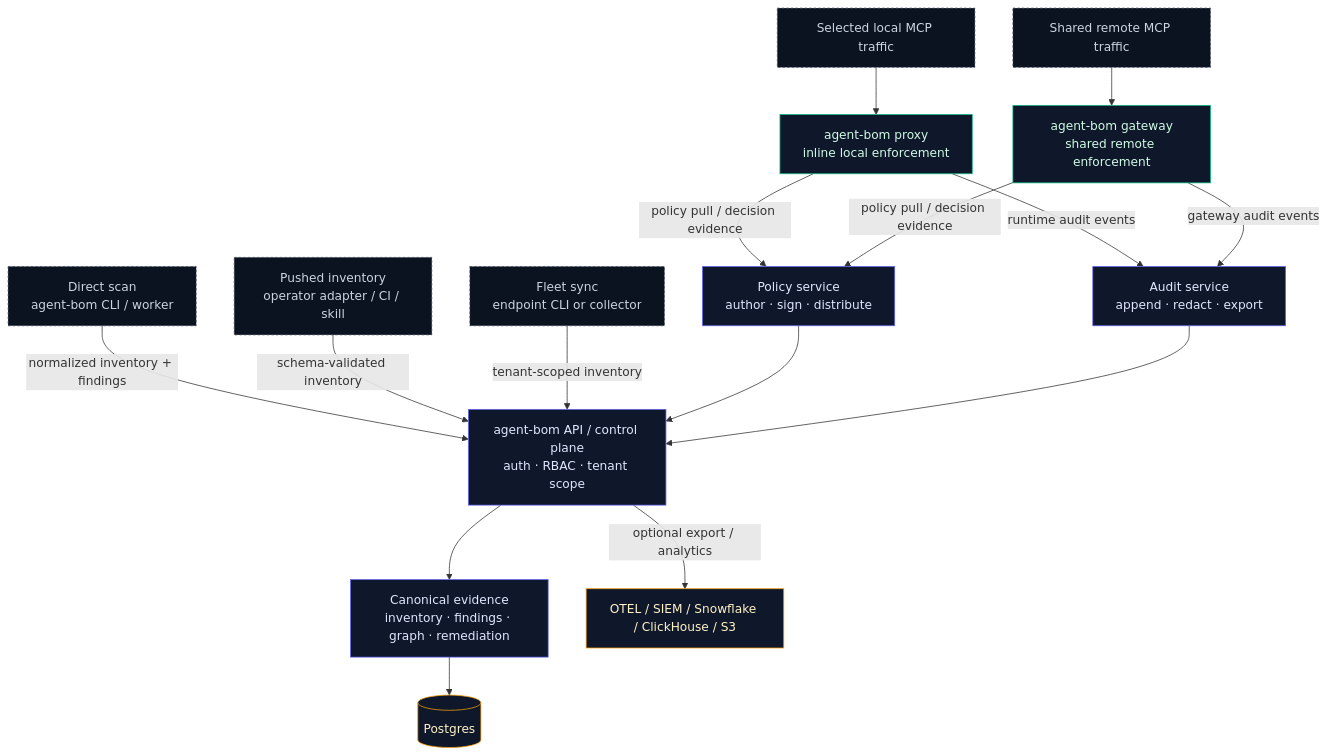
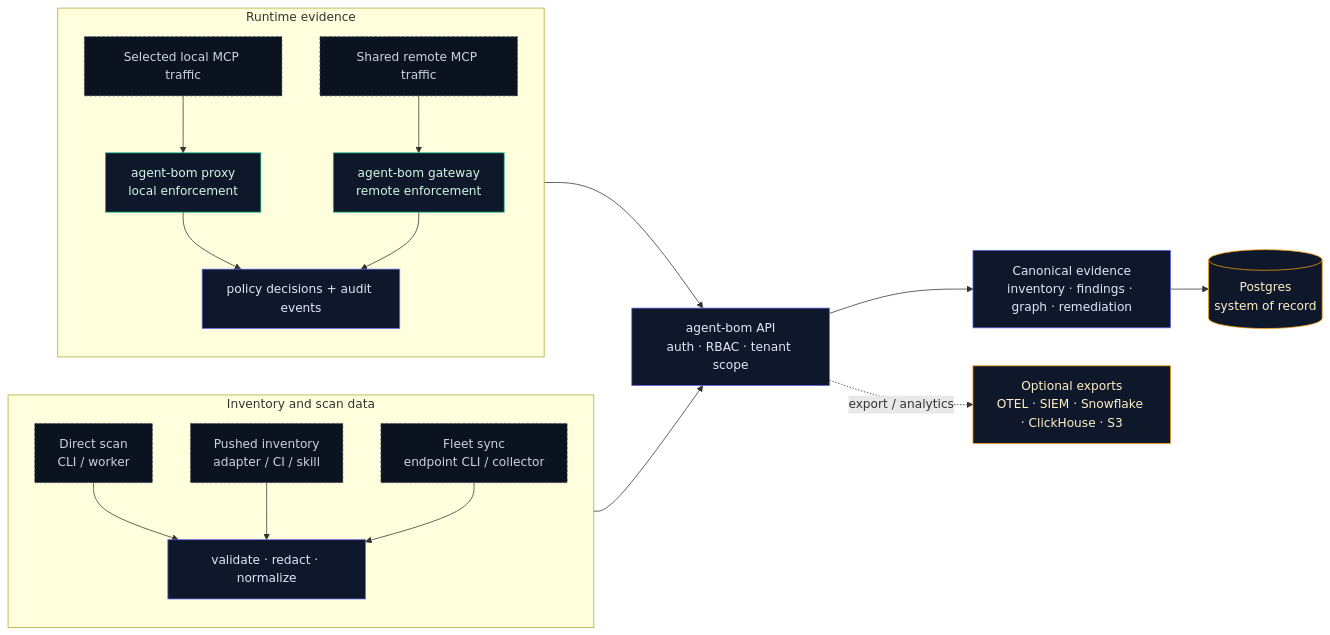
One commit to msaad00/agent-bom changed the second of 2 diagrams in site-docs/deployment/overview.md. Above: the diagram before and after it, drawn with Mermaid. The commit also changed other lines of this file and 7 other files, not shown here.

````diff
--- a/site-docs/deployment/overview.md
+++ b/site-docs/deployment/overview.md
@@ -271,38 +209,42 @@
 ```mermaid
-flowchart TD
+flowchart LR
     classDef src fill:#0b1220,stroke:#475569,color:#cbd5e1,stroke-dasharray:3 3
     classDef proc fill:#0f172a,stroke:#6366f1,color:#e0e7ff
     classDef run fill:#0f172a,stroke:#10b981,color:#d1fae5
     classDef data fill:#0f172a,stroke:#f59e0b,color:#fef3c7
 
-    Direct["Direct scan<br/>agent-bom CLI / worker"]:::src
-    Pushed["Pushed inventory<br/>operator adapter / CI / skill"]:::src
-    Fleet["Fleet sync<br/>endpoint CLI or collector"]:::src
-    ProxyTraffic["Selected local MCP traffic"]:::src
-    RemoteTraffic["Shared remote MCP traffic"]:::src
+    subgraph Inventory["Inventory and scan data"]
+      direction TB
+      Direct["Direct scan<br/>CLI / worker"]:::src
+      Pushed["Pushed inventory<br/>adapter / CI / skill"]:::src
+      Fleet["Fleet sync<br/>endpoint CLI / collector"]:::src
+      Normalize["validate · redact · normalize"]:::proc
+      Direct --> Normalize
+      Pushed --> Normalize
+      Fleet --> Normalize
+    end
 
-    Proxy["agent-bom proxy<br/>inline local enforcement"]:::run
-    Gateway["agent-bom gateway<br/>shared remote enforcement"]:::run
+    subgraph RuntimeFlow["Runtime evidence"]
+      direction TB
+      LocalMCP["Selected local MCP traffic"]:::src
+      RemoteMCP["Shared remote MCP traffic"]:::src
+      Proxy["agent-bom proxy<br/>local enforcement"]:::run
+      Gateway["agent-bom gateway<br/>remote enforcement"]:::run
+      RuntimeEvents["policy decisions + audit events"]:::proc
+      LocalMCP --> Proxy
+      RemoteMCP --> Gateway
+      Proxy --> RuntimeEvents
+      Gateway --> RuntimeEvents
+    end
 
-    API["agent-bom API / control plane<br/>auth · RBAC · tenant scope"]:::proc
-    Policy["Policy service<br/>author · sign · distribute"]:::proc
-    Audit["Audit service<br/>append · redact · export"]:::proc
-    Graph["Canonical evidence<br/>inventory · findings · graph · remediation"]:::proc
-    Store[("Postgres")]:::data
-    Exports["OTEL / SIEM / Snowflake / ClickHouse / S3"]:::data
+    API["agent-bom API<br/>auth · RBAC · tenant scope"]:::proc
+    Evidence["Canonical evidence<br/>inventory · findings · graph · remediation"]:::proc
+    Postgres[("Postgres<br/>system of record")]:::data
+    Export["Optional exports<br/>OTEL · SIEM · Snowflake · ClickHouse · S3"]:::data
 
-    Direct -->|normalized inventory + findings| API
-    Pushed -->|schema-validated inventory| API
-    Fleet -->|tenant-scoped inventory| API
-    ProxyTraffic --> Proxy
-    RemoteTraffic --> Gateway
-    Proxy -->|policy pull / decision evidence| Policy
-    Gateway -->|policy pull / decision evidence| Policy
-    Proxy -->|runtime audit events| Audit
-    Gateway -->|gateway audit events| Audit
-    Policy --> API
-    Audit --> API
-    API --> Graph
-    Graph --> Store
-    API -->|optional export / analytics| Exports
+    Normalize --> API
+    RuntimeEvents --> API
+    API --> Evidence
+    Evidence --> Postgres
+    API -. export / analytics .-> Export
 ```
````
